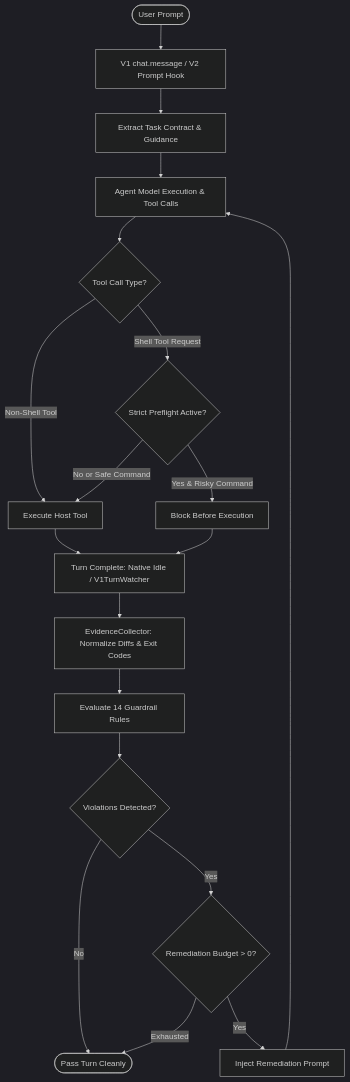
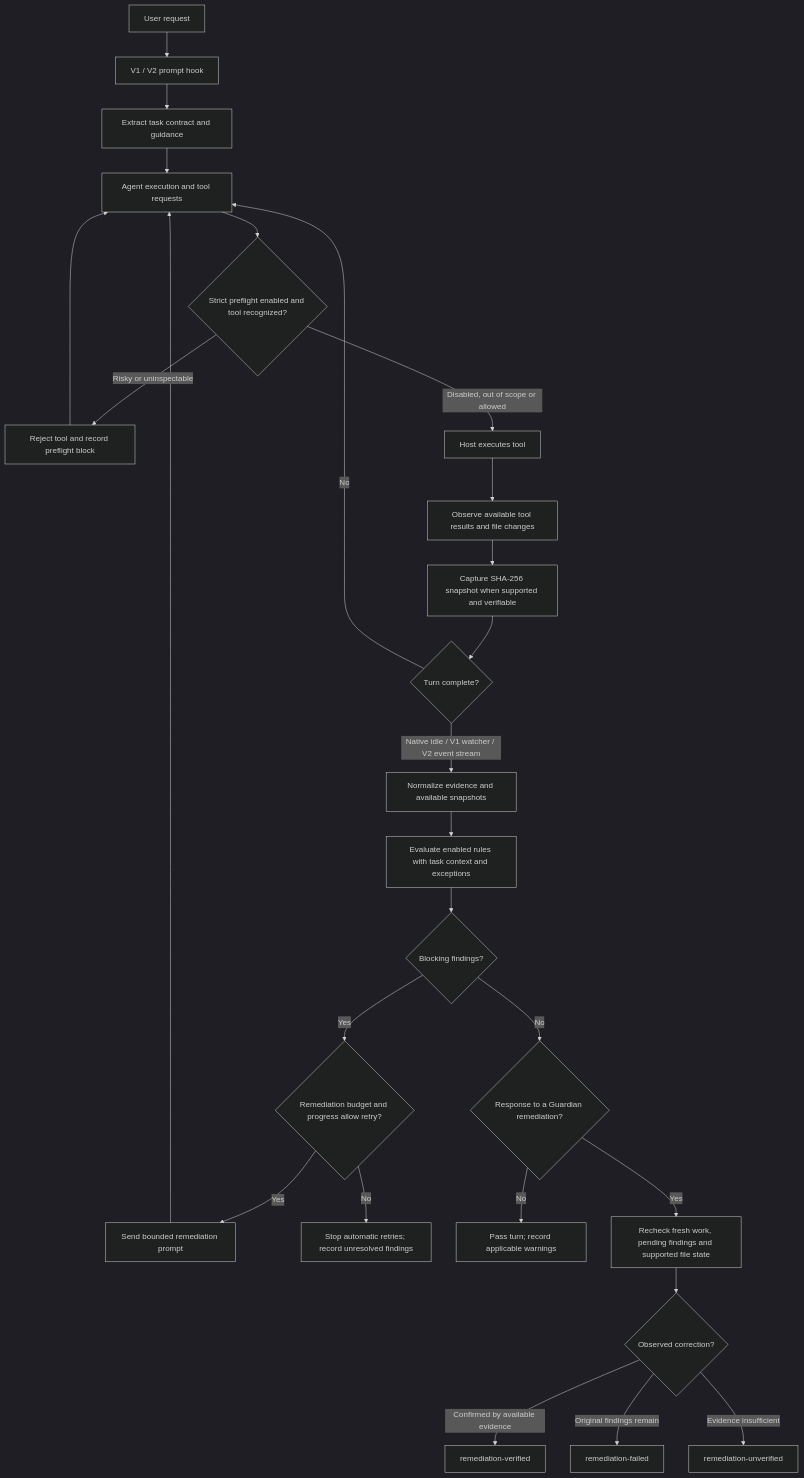
The diagram in README.md (huseyincig/opencode-guardian), drawn with Mermaid (dark theme) before and after one commit. The commit also changed other lines of this file and 52 other files, not shown here.

Commit message:
release: v0.6.0 - dual-mode OpenCode v1/v2 engine, guardian command palette, and verified live acceptance

````diff
--- a/README.md
+++ b/README.md
@@ -321,26 +321,32 @@
 ```mermaid
 flowchart TD
-    User([User Prompt]) --> PreHook[V1 chat.message / V2 Prompt Hook]
-    PreHook --> Contract[Extract Task Contract & Guidance]
-    Contract --> Agent[Agent Model Execution & Tool Calls]
+    User[User request] --> Hook[V1 / V2 prompt hook]
+    Hook --> Contract[Extract task contract and guidance]
+    Contract --> Agent[Agent execution and tool requests]
 
-    Agent --> ToolCall{Tool Call Type?}
-    ToolCall -->|Non-Shell Tool| ExecTool[Execute Host Tool]
-    ToolCall -->|Shell Tool Request| PreflightCheck{Strict Preflight Active?}
+    Agent --> Preflight{Strict preflight enabled and tool recognized?}
+    Preflight -->|Risky or uninspectable| Denied[Reject tool and record preflight block]
+    Denied --> Agent
+    Preflight -->|Disabled, out of scope or allowed| Execution[Host executes tool]
 
-    PreflightCheck -->|Yes & Risky Command| BlockPreflight[Block Before Execution]
-    PreflightCheck -->|No or Safe Command| ExecTool
+    Execution --> Observe[Observe available tool results and file changes]
+    Observe --> Snapshot[Capture SHA-256 snapshot when supported and verifiable]
+    Snapshot --> Complete{Turn complete?}
+    Complete -->|No| Agent
+    Complete -->|Native idle / V1 watcher / V2 event stream| Evidence[Normalize evidence and available snapshots]
+    Evidence --> Rules[Evaluate enabled rules with task context and exceptions]
+    Rules --> Findings{Blocking findings?}
 
-    ExecTool --> TurnEnd[Turn Complete: Native Idle / V1TurnWatcher]
-    BlockPreflight --> TurnEnd
+    Findings -->|Yes| Budget{Remediation budget and progress allow retry?}
+    Budget -->|Yes| Remediate[Send bounded remediation prompt]
+    Remediate --> Agent
+    Budget -->|No| Unresolved[Stop automatic retries; record unresolved findings]
 
-    TurnEnd --> Collector[EvidenceCollector: Normalize Diffs & Exit Codes]
-    Collector --> Evaluator[Evaluate 14 Guardrail Rules]
-
-    Evaluator --> Decision{Violations Detected?}
-    Decision -->|No| Pass([Pass Turn Cleanly])
-    Decision -->|Yes| Budget{Remediation Budget > 0?}
-    Budget -->|Yes| Remediate[Inject Remediation Prompt]
-    Budget -->|Exhausted| Pass
-    Remediate --> Agent
+    Findings -->|No| FollowUp{Response to a Guardian remediation?}
+    FollowUp -->|No| Pass[Pass turn; record applicable warnings]
+    FollowUp -->|Yes| Verify[Recheck fresh work, pending findings and supported file state]
+    Verify --> Outcome{Observed correction?}
+    Outcome -->|Confirmed by available evidence| Verified[remediation-verified]
+    Outcome -->|Original findings remain| Failed[remediation-failed]
+    Outcome -->|Evidence insufficient| Unverified[remediation-unverified]
 ```
````
